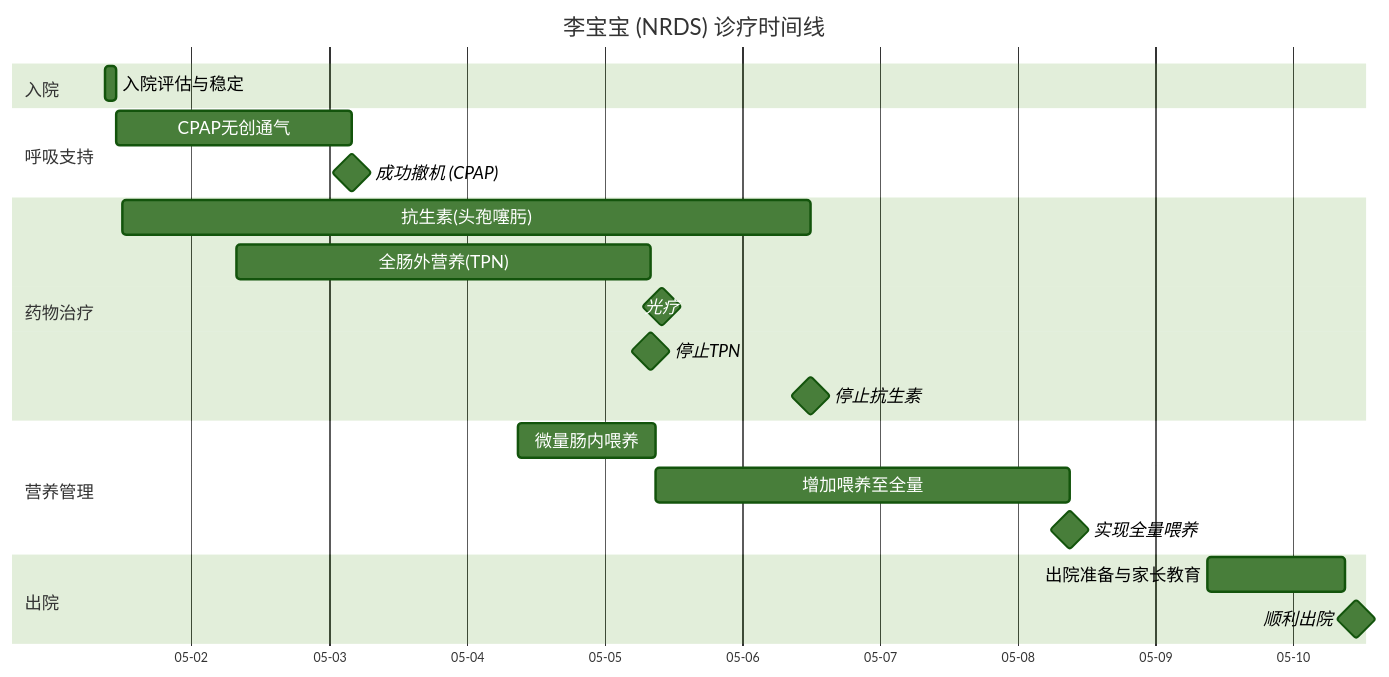
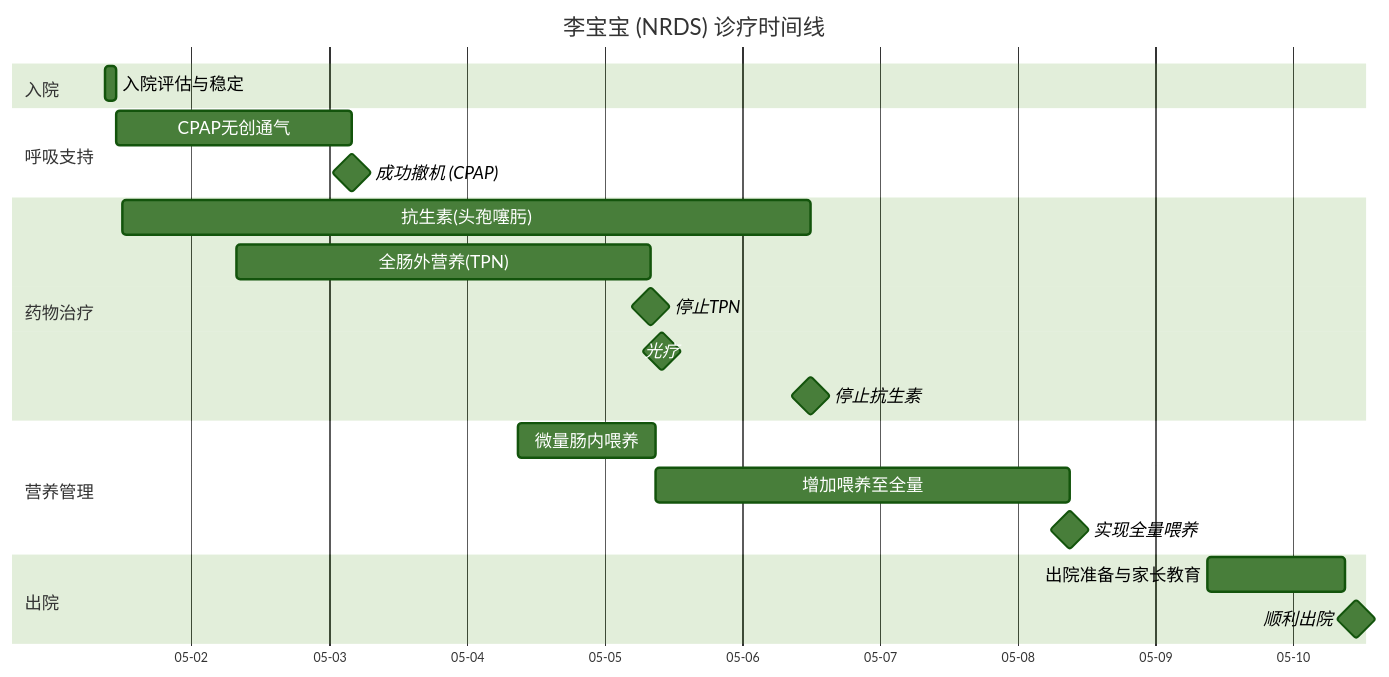
One commit to ZuchaoWang/mermaid-renderer changed the diagram in example.mmd. Above: the diagram before and after it, drawn with Mermaid. The commit also changed 1 other file, not shown here.

```diff
--- a/example.mmd
+++ b/example.mmd
@@ -1,37 +1,37 @@
 ---
 config:
     theme: forest
     gantt:
         barHeight: 28
         barGap: 8
         rightPadding: 16
         fontSize: 14
         sectionFontSize: 14
 ---
 gantt
     title 李宝宝 (NRDS) 诊疗时间线
     dateFormat  YYYY-MM-DD HH:mm
     axisFormat  %m-%d
 
     section 入院
-    入院评估与稳定     :a1, 2024-05-01 09:00, 2024-05-01 11:00
+    入院评估与稳定      :a1, 2024-05-01 09:00, 2024-05-01 11:00
     
     section 呼吸支持
     CPAP无创通气       :a2, 2024-05-01 11:00, 2024-05-03 04:00
-    成功撤机 (CPAP)   :milestone, m1, 2024-05-03 04:00, 0h
+    成功撤机 (CPAP)    :milestone, m1, 2024-05-03 04:00, 0h
     
     section 药物治疗
     抗生素(头孢噻肟)    :b1, 2024-05-01 12:00, 2024-05-06 12:00
     全肠外营养(TPN)    :b2, 2024-05-02 08:00, 2024-05-05 08:00
+    停止TPN            :milestone, m2, 2024-05-05 08:00, 0h
     光疗              :milestone, b3, 2024-05-05 10:00, 0h
-    停止TPN          :milestone, m2, 2024-05-05 08:00, 0h
     停止抗生素        :milestone, m3, 2024-05-06 12:00, 0h
     
     section 营养管理
     微量肠内喂养       :c1, 2024-05-04 09:00, 2024-05-05 09:00
     增加喂养至全量     :c2, 2024-05-05 09:00, 2024-05-08 09:00
-    实现全量喂养      :milestone, m4, 2024-05-08 09:00, 0h
+    实现全量喂养       :milestone, m4, 2024-05-08 09:00, 0h
     
     section 出院
     出院准备与家长教育 :d1, 2024-05-09 09:00, 2024-05-10 09:00
-    顺利出院         :milestone, m5, 2024-05-10 11:00, 0h
+    顺利出院          :milestone, m5, 2024-05-10 11:00, 0h
```
